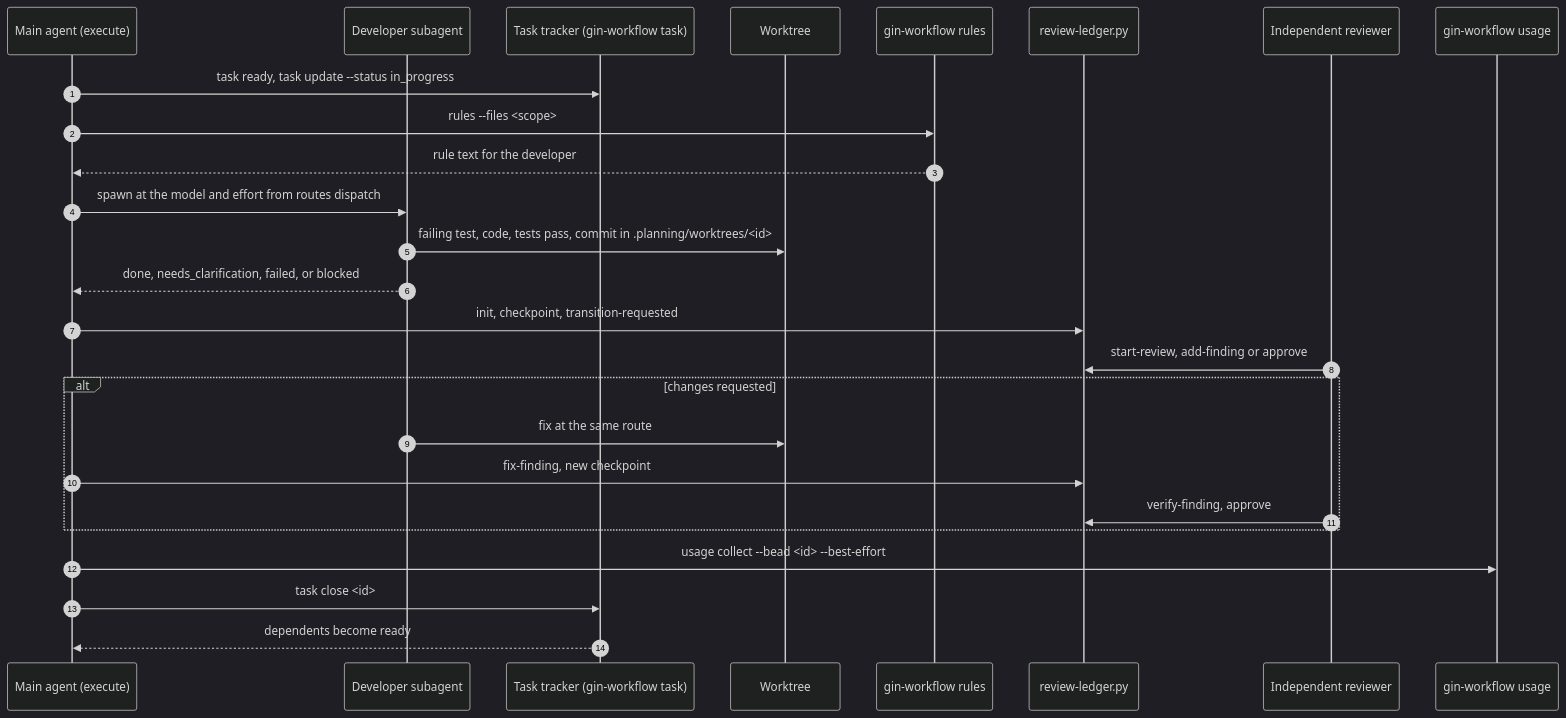
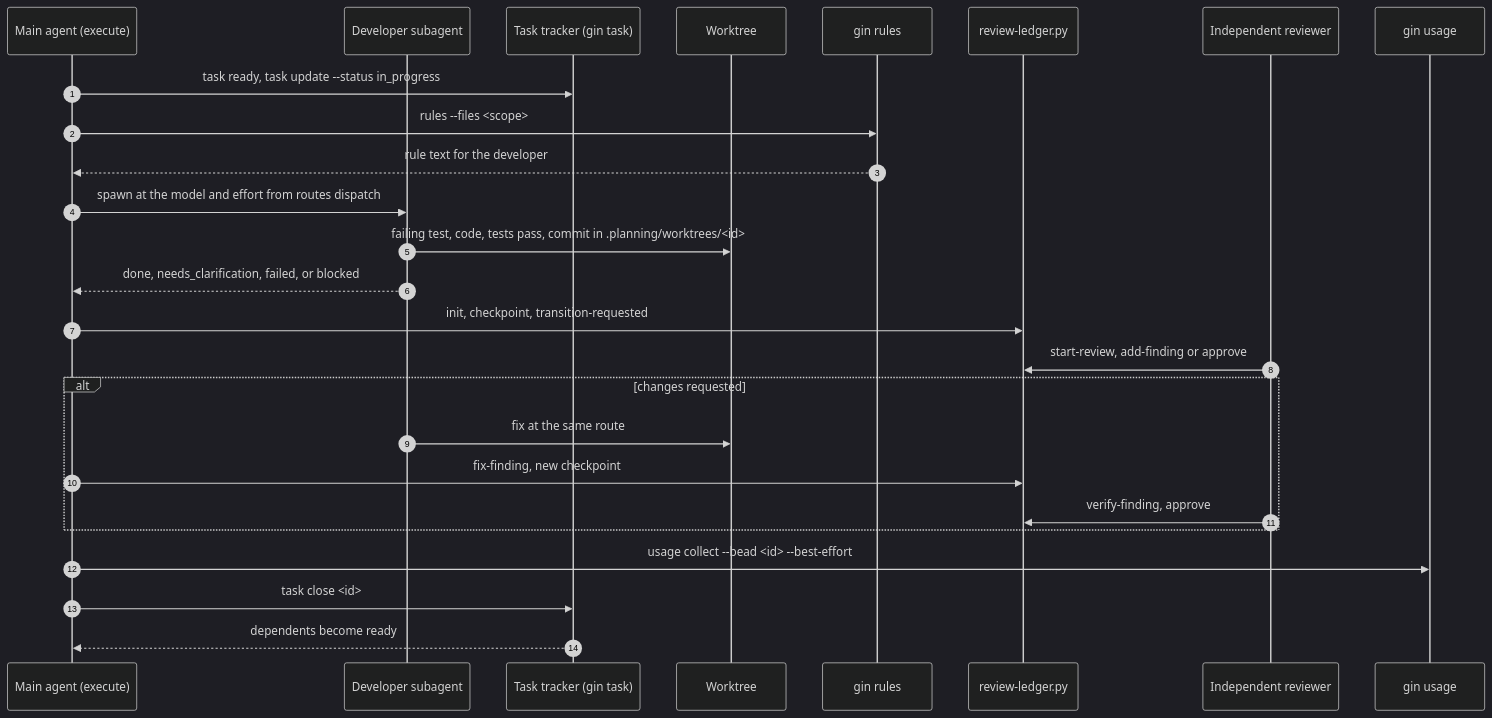
Before and after one commit to giangdhwhtbr/gin-workflow: the third of 6 diagrams in docs/concepts/architecture.md, drawn with Mermaid (dark theme). The commit also changed other lines of this file and 42 other files, not shown here.

Commit message:
docs: gin CLI and gin: skill names everywhere, upgrade notes (gin-workflow-rename-gin)

````diff
--- a/docs/concepts/architecture.md
+++ b/docs/concepts/architecture.md
@@ -80,28 +80,28 @@
 ```mermaid
 sequenceDiagram
     autonumber
     participant A as Main agent (execute)
     participant D as Developer subagent
-    participant B as Task tracker (gin-workflow task)
+    participant B as Task tracker (gin task)
     participant W as Worktree
-    participant R as gin-workflow rules
+    participant R as gin rules
     participant L as review-ledger.py
     participant V as Independent reviewer
-    participant U as gin-workflow usage
+    participant U as gin usage
     A->>B: task ready, task update --status in_progress
     A->>R: rules --files <scope>
     R-->>A: rule text for the developer
     A->>D: spawn at the model and effort from routes dispatch
     D->>W: failing test, code, tests pass, commit in .planning/worktrees/<id>
     D-->>A: done, needs_clarification, failed, or blocked
     A->>L: init, checkpoint, transition-requested
     V->>L: start-review, add-finding or approve
     alt changes requested
         D->>W: fix at the same route
         A->>L: fix-finding, new checkpoint
         V->>L: verify-finding, approve
     end
     A->>U: usage collect --bead <id> --best-effort
     A->>B: task close <id>
     B-->>A: dependents become ready
 ```
````
